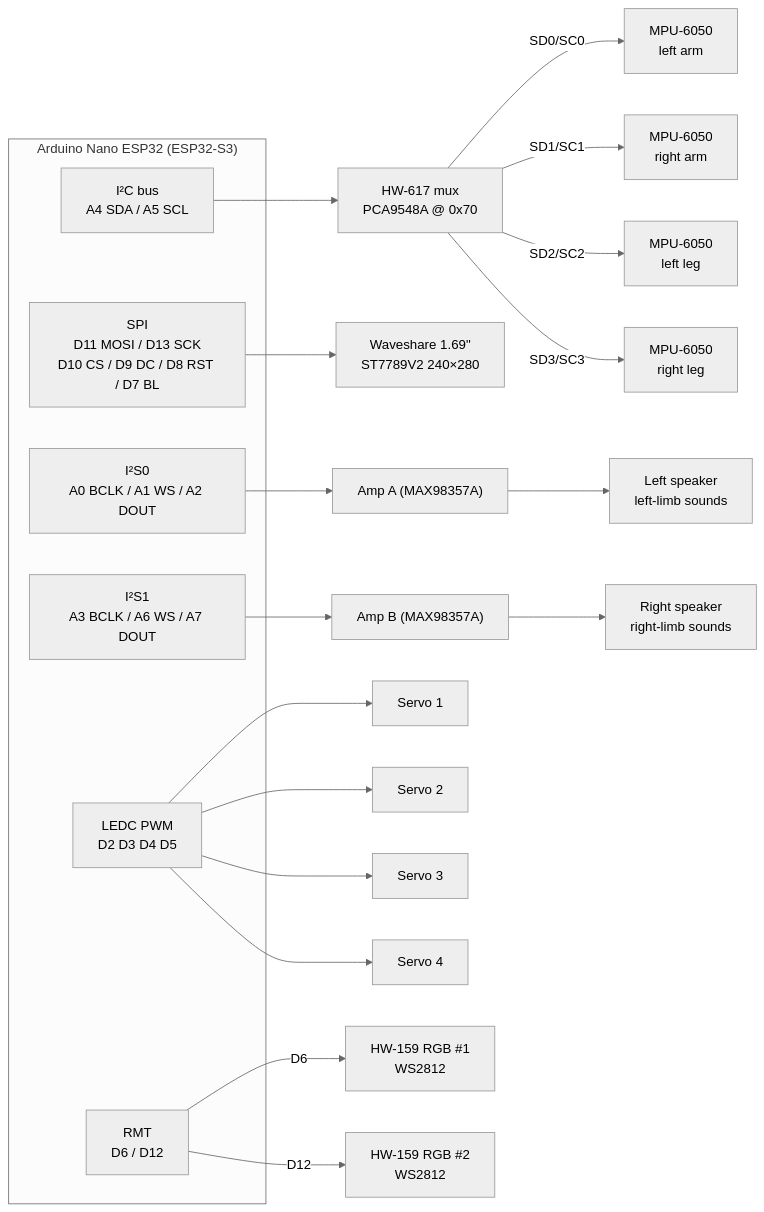
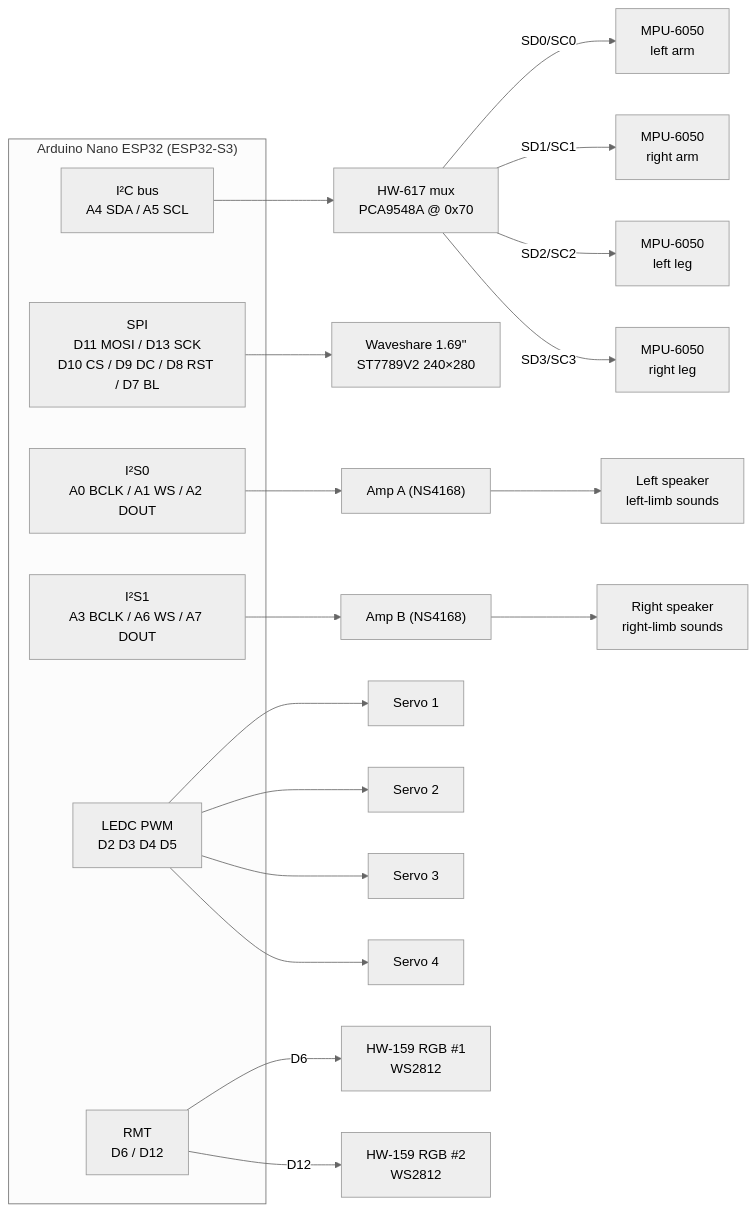
The second of 2 diagrams in README.md (melucasleite/mark85), drawn with Mermaid (neutral theme) before and after one commit. The commit also changed other lines of this file and 1 other file, not shown here.

First line of the commit message:
Docs: audio amps are NS4168, not MAX98357A

````diff
--- a/README.md
+++ b/README.md
@@ -193,30 +197,30 @@
 ```mermaid
 graph LR
     subgraph NANO["Arduino Nano ESP32 (ESP32-S3)"]
         I2C["I²C bus<br/>A4 SDA / A5 SCL"]
         SPI["SPI<br/>D11 MOSI / D13 SCK<br/>D10 CS / D9 DC / D8 RST / D7 BL"]
         I2S0["I²S0<br/>A0 BCLK / A1 WS / A2 DOUT"]
         I2S1["I²S1<br/>A3 BCLK / A6 WS / A7 DOUT"]
         PWM["LEDC PWM<br/>D2 D3 D4 D5"]
         RMT["RMT<br/>D6 / D12"]
     end
 
     I2C --> MUX["HW-617 mux<br/>PCA9548A @ 0x70"]
     MUX -- "SD0/SC0" --> IMU0["MPU-6050<br/>left arm"]
     MUX -- "SD1/SC1" --> IMU1["MPU-6050<br/>right arm"]
     MUX -- "SD2/SC2" --> IMU2["MPU-6050<br/>left leg"]
     MUX -- "SD3/SC3" --> IMU3["MPU-6050<br/>right leg"]
 
     SPI --> LCD["Waveshare 1.69&quot;<br/>ST7789V2 240×280"]
 
-    I2S0 --> AMPA["Amp A (MAX98357A)"] --> SPKL["Left speaker<br/>left-limb sounds"]
-    I2S1 --> AMPB["Amp B (MAX98357A)"] --> SPKR["Right speaker<br/>right-limb sounds"]
+    I2S0 --> AMPA["Amp A (NS4168)"] --> SPKL["Left speaker<br/>left-limb sounds"]
+    I2S1 --> AMPB["Amp B (NS4168)"] --> SPKR["Right speaker<br/>right-limb sounds"]
 
     PWM --> S1["Servo 1"]
     PWM --> S2["Servo 2"]
     PWM --> S3["Servo 3"]
     PWM --> S4["Servo 4"]
 
     RMT -- "D6" --> RGB1["HW-159 RGB #1<br/>WS2812"]
     RMT -- "D12" --> RGB2["HW-159 RGB #2<br/>WS2812"]
 ```
````
